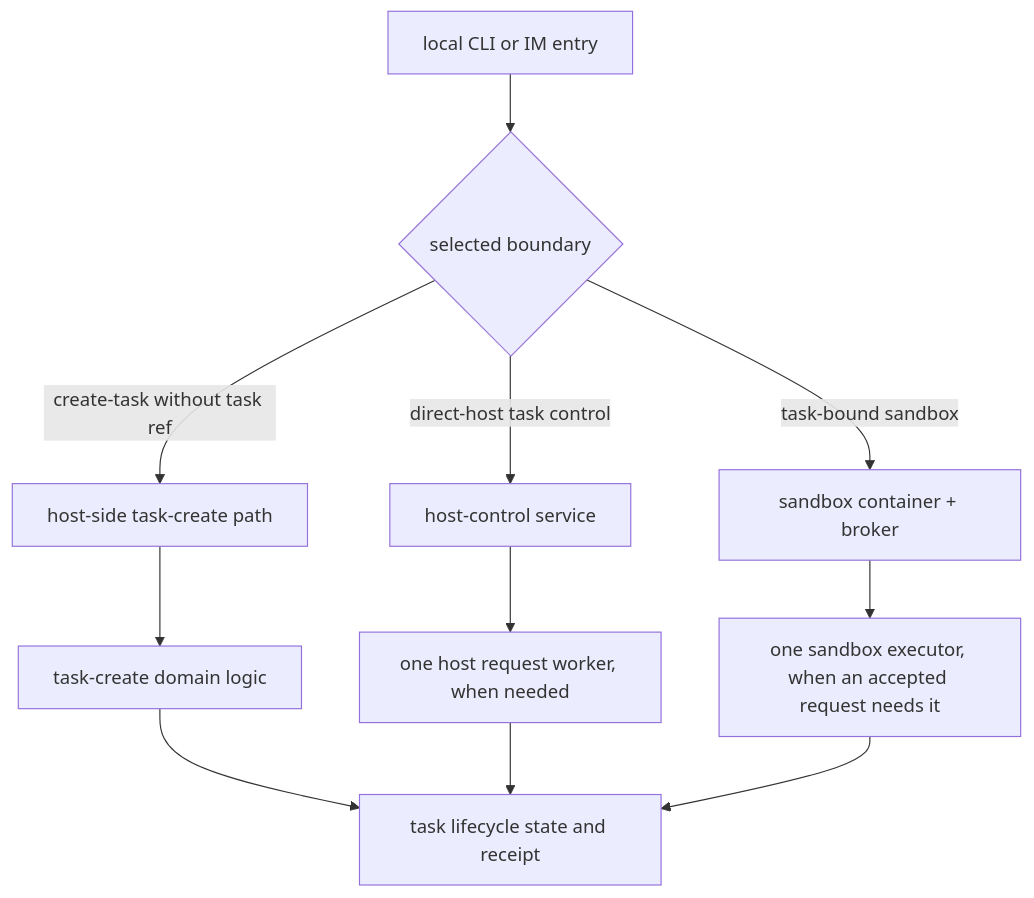
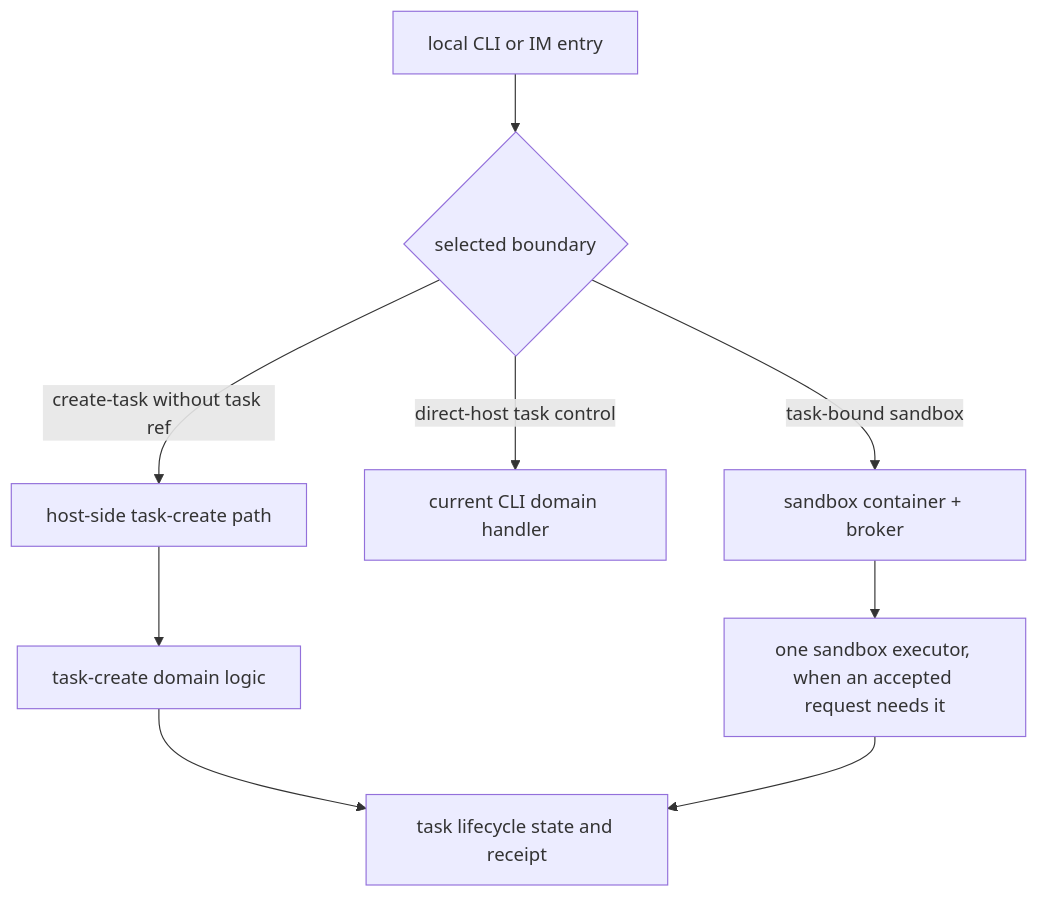
One commit to fitlab-ai/agent-infra changed the fourth of 4 diagrams in docs/en/architecture.md. Above: the diagram before and after it, drawn with Mermaid. The commit also changed other lines of this file and 45 other files, not shown here.

First line of the commit message:
refactor(cli): 移除全局 host-control 常驻服务  (#1021)

````diff
--- a/docs/en/architecture.md
+++ b/docs/en/architecture.md
@@ -173,13 +161,11 @@
 ```mermaid
 flowchart TD
   ENTRY["local CLI or IM entry"] --> ROUTE{"selected boundary"}
   ROUTE -->|create-task without task ref| CREATE["host-side task-create path"]
-  ROUTE -->|direct-host task control| HC["host-control service"]
+  ROUTE -->|direct-host task control| DIRECT["current CLI domain handler"]
   ROUTE -->|task-bound sandbox| SB["sandbox container + broker"]
   CREATE --> DOMAIN["task-create domain logic"]
-  HC --> HW["one host request worker, when needed"]
   SB --> EX["one sandbox executor, when an accepted request needs it"]
   DOMAIN --> STATE["task lifecycle state and receipt"]
-  HW --> STATE
   EX --> STATE
 ```
````
